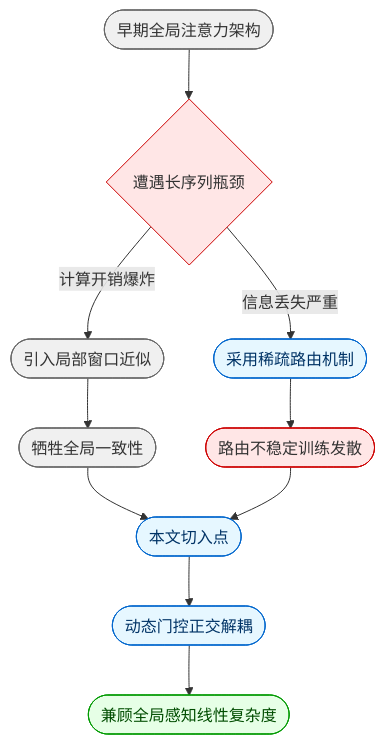
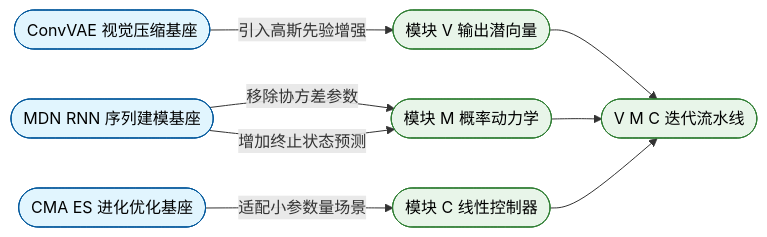
The seventh of 11 diagrams in person_vault/2026-06-08_WorldModels_1803.10122/report.md (ShinewineW/paper-rolling), drawn with Mermaid before and after one commit. The commit also changed other lines of this file and 51 other files, not shown here.

````diff
--- a/person_vault/2026-06-08_WorldModels_1803.10122/report.md
+++ b/person_vault/2026-06-08_WorldModels_1803.10122/report.md
@@ -293,22 +410,15 @@
 ```mermaid
-flowchart TD
-    classDef legacy fill:#f0f0f0,stroke:#666,color:#333;
-    classDef bottleneck fill:#ffe6e6,stroke:#cc0000,color:#333;
-    classDef proposed fill:#e6f7ff,stroke:#0066cc,color:#003366;
-    classDef outcome fill:#e6ffe6,stroke:#009900,color:#004d00;
-
-    early_dense_arch(["早期全局注意力架构"]) --> compute_limit{遭遇长序列瓶颈}
-    compute_limit -->|计算开销爆炸| local_window_approx(["引入局部窗口近似"])
-    compute_limit -->|信息丢失严重| sparse_routing_mech(["采用稀疏路由机制"])
-    local_window_approx --> global_consistency_loss(["牺牲全局一致性"])
-    sparse_routing_mech --> routing_instability(["路由不稳定训练发散"])
-    global_consistency_loss --> current_paper_entry(["本文切入点"])
-    routing_instability --> current_paper_entry
-    current_paper_entry --> dynamic_gating_ortho(["动态门控正交解耦"])
-    dynamic_gating_ortho --> pareto_front(["兼顾全局感知线性复杂度"])
-
-    class early_dense_arch,local_window_approx,global_consistency_loss legacy;
-    class compute_limit,routing_instability bottleneck;
-    class sparse_routing_mech,current_paper_entry,dynamic_gating_ortho proposed;
-    class pareto_front outcome;
+flowchart LR
+    classDef base fill:#e1f5fe,stroke:#01579b,color:#000;
+    classDef delta fill:#fff3e0,stroke:#e65100,color:#000;
+    classDef target fill:#e8f5e9,stroke:#2e7d32,color:#000;
+    
+    vae_base(["ConvVAE 视觉压缩基座"]):::base -->|引入高斯先验增强| v_target(["模块 V 输出潜向量"]):::target
+    mdn_base(["MDN RNN 序列建模基座"]):::base -->|移除协方差参数| m_target(["模块 M 概率动力学"]):::target
+    mdn_base -->|增加终止状态预测| m_target
+    cma_base(["CMA ES 进化优化基座"]):::base -->|适配小参数量场景| c_target(["模块 C 线性控制器"]):::target
+    
+    v_target --> pipeline(["V M C 迭代流水线"]):::target
+    m_target --> pipeline
+    c_target --> pipeline
 ```
````
